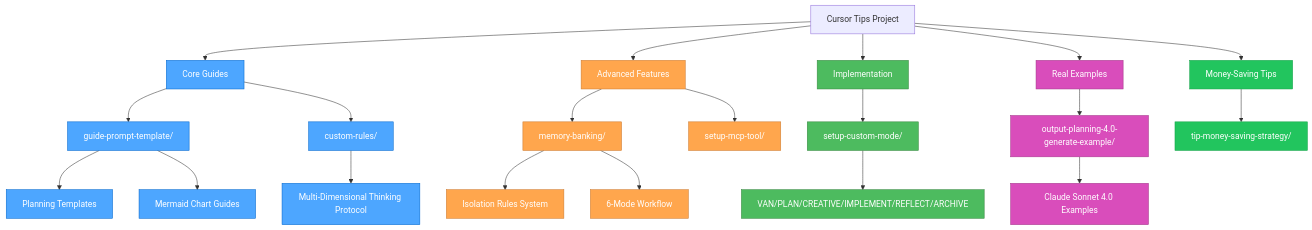
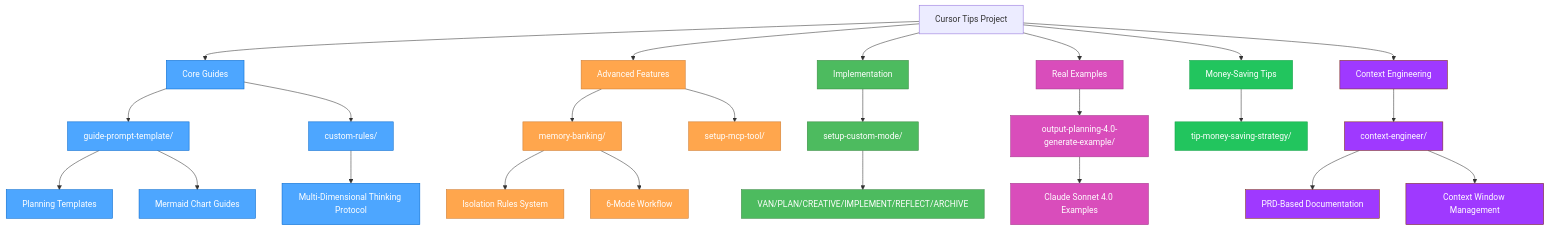
One commit to giang6283623/cursor-tip changed the first of 10 diagrams in README.md. Above: the diagram before and after it, drawn with Mermaid. The commit also changed other lines of this file and 4 other files, not shown here.

Commit message:
add context engineer

````diff
--- a/README.md
+++ b/README.md
@@ -11,42 +11,49 @@
 ```mermaid
 graph TD
     Root[Cursor Tips Project] --> Core[Core Guides]
     Root --> Advanced[Advanced Features]
     Root --> Implementation[Implementation]
     Root --> Examples[Real Examples]
     Root --> MoneyTips[Money-Saving Tips]
+    Root --> ContextEng[Context Engineering]
 
     Core --> GuideTemplate[guide-prompt-template/]
     Core --> CustomRules[custom-rules/]
 
     Advanced --> MemoryBanking[memory-banking/]
     Advanced --> MCPTools[setup-mcp-tool/]
 
     Implementation --> SetupModes[setup-custom-mode/]
     Examples --> OutputPlanning[output-planning-4.0-generate-example/]
     MoneyTips --> TipStrategy[tip-money-saving-strategy/]
+    ContextEng --> ContextGuide[context-engineer/]
 
     GuideTemplate --> Planning[Planning Templates]
     GuideTemplate --> Mermaid[Mermaid Chart Guides]
 
     CustomRules --> Protocol[Multi-Dimensional Thinking Protocol]
 
     MemoryBanking --> IsolationRules[Isolation Rules System]
     MemoryBanking --> Workflows[6-Mode Workflow]
 
     SetupModes --> ModeSetup[VAN/PLAN/CREATIVE/IMPLEMENT/REFLECT/ARCHIVE]
 
     OutputPlanning --> RealExamples[Claude Sonnet 4.0 Examples]
 
+    ContextGuide --> PRDMethod[PRD-Based Documentation]
+    ContextGuide --> ContextFlow[Context Window Management]
+
     classDef core fill:#4da6ff,stroke:#0066cc,color:white
     classDef advanced fill:#ffa64d,stroke:#cc7a30,color:white
     classDef implementation fill:#4dbb5f,stroke:#36873f,color:white
     classDef examples fill:#d94dbb,stroke:#a3378a,color:white
     classDef moneytips fill:#22c55e,stroke:#16a34a,color:white
+    classDef contexteng fill:#9f39ff,stroke:#7c2d12,color:white
 
     class Core,GuideTemplate,CustomRules,Planning,Mermaid,Protocol core
     class Advanced,MemoryBanking,MCPTools,IsolationRules,Workflows advanced
     class Implementation,SetupModes,ModeSetup implementation
     class Examples,OutputPlanning,RealExamples examples
     class MoneyTips,TipStrategy moneytips
+    class ContextEng,ContextGuide,PRDMethod,ContextFlow contexteng
 ```
````
